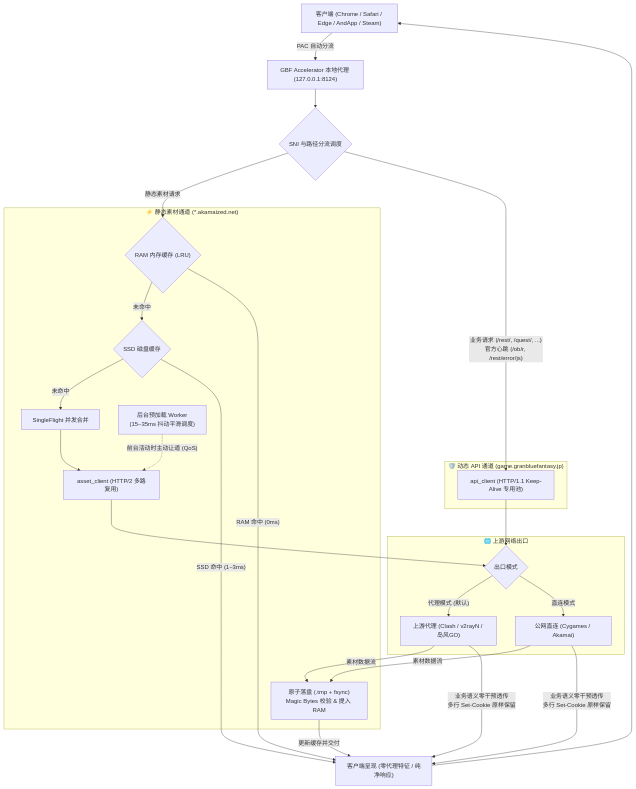
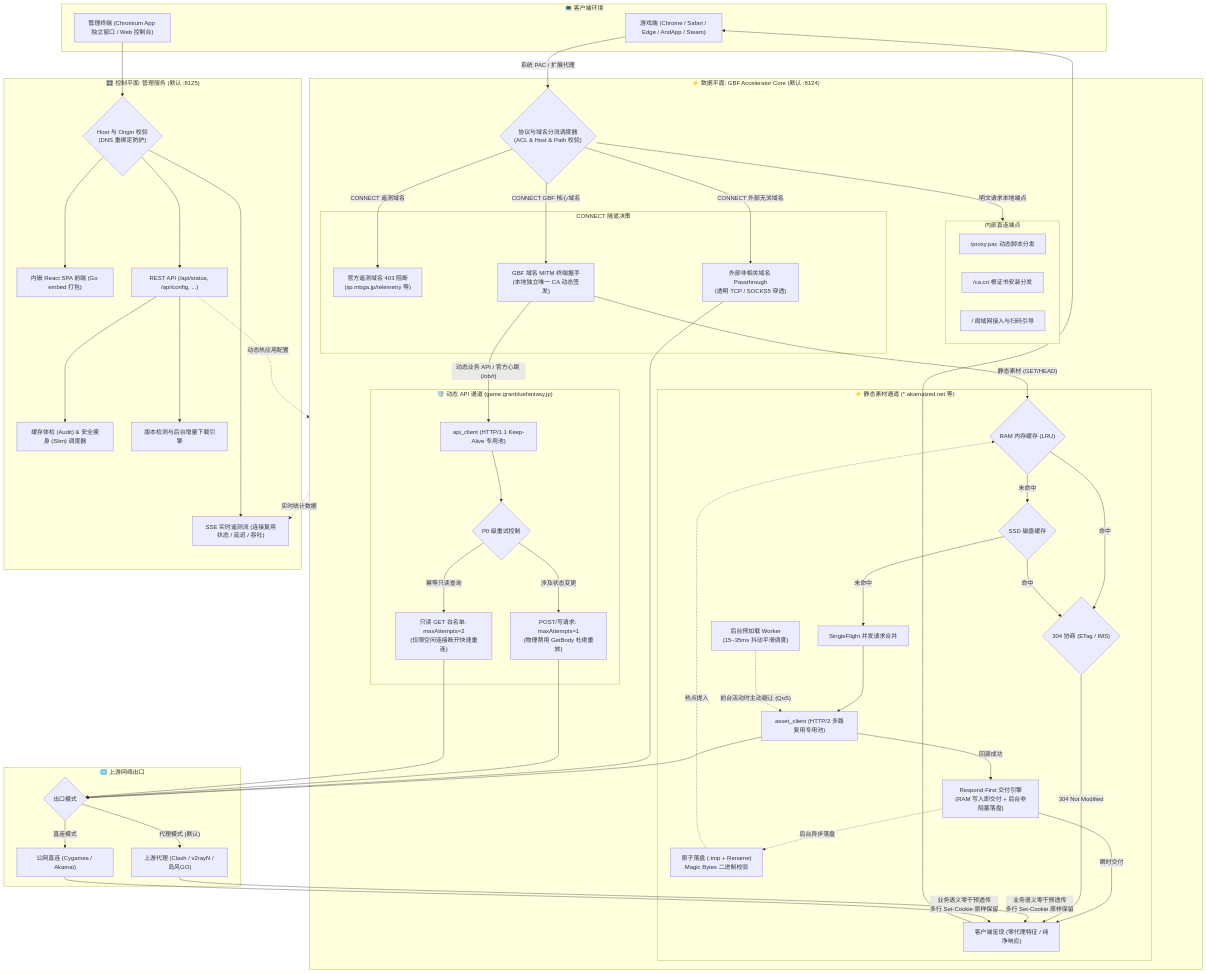
One commit to Sagisawa/GBF-Accelerator changed the diagram in README.md. Above: the diagram before and after it, drawn with Mermaid. The commit also changed other lines of this file, not shown here.

Commit message:
docs(readme): rewrite architecture and data flow with dual-plane topology and tree-style ascii chart

````diff
--- a/README.md
+++ b/README.md
@@ -26,53 +30,108 @@
 ```mermaid
 flowchart TD
-    Client["客户端 (Chrome / Safari / Edge / AndApp / Steam)"]
-    Proxy["GBF Accelerator 本地代理 (127.0.0.1:8124)"]
-    Dispatcher{"SNI 与路径分流调度"}
-    
-    Client -->|"PAC 自动分流"| Proxy
-    Proxy --> Dispatcher
-
-    subgraph AssetChannel ["⚡ 静态素材通道 (*.akamaized.net)"]
-        RAMCheck{"RAM 内存缓存 (LRU)"}
-        DiskCheck{"SSD 磁盘缓存"}
-        SingleFlight["SingleFlight 并发合并"]
-        AssetClient["asset_client (HTTP/2 多路复用)"]
-        CacheStore["原子落盘 (.tmp + fsync)<br/>Magic Bytes 校验 & 提入 RAM"]
-        PrefetchWorker["后台预加载 Worker<br/>(15~35ms 抖动平滑调度)"]
-        
-        RAMCheck -->|"未命中"| DiskCheck
-        DiskCheck -->|"未命中"| SingleFlight
-        SingleFlight --> AssetClient
-        PrefetchWorker -.->|"前台活动时主动让道 (QoS)"| AssetClient
+    subgraph ClientHost ["💻 客户端环境"]
+        GameClient["游戏端 (Chrome / Safari / Edge / AndApp / Steam)"]
+        UserUI["管理终端 (Chromium App 独立窗口 / Web 控制台)"]
     end
 
-    subgraph APIChannel ["🛡️ 动态 API 通道 (game.granbluefantasy.jp)"]
-        APIClient["api_client (HTTP/1.1 Keep-Alive 专用池)"]
+    subgraph DataPlane ["⚡ 数据平面: GBF Accelerator Core (默认 :8124)"]
+        Dispatcher{"协议与域名分流调度器<br/>(ACL & Host & Path 校验)"}
+        
+        subgraph LocalEndpoints ["内部直连端点"]
+            PACServer["/proxy.pac 动态脚本分发"]
+            CAServer["/ca.crt 根证书安装分发"]
+            LANGuide["/ 局域网接入与扫码引导"]
+        end
+
+        subgraph TunnelRoutes ["CONNECT 隧道决策"]
+            Block403["官方遥测域名 403 阻断<br/>(sp.mbga.jp/telemetry 等)"]
+            Passthrough["外部非相关域名 Passthrough<br/>(透明 TCP / SOCKS5 穿透)"]
+            MITM["GBF 域名 MITM 终端握手<br/>(本地独立唯一 CA 动态签发)"]
+        end
+
+        subgraph AssetChannel ["⚡ 静态素材通道 (*.akamaized.net 等)"]
+            RAMCheck{"RAM 内存缓存 (LRU)"}
+            DiskCheck{"SSD 磁盘缓存"}
+            CondCheck{"304 协商 (ETag / IMS)"}
+            SingleFlight["SingleFlight 并发请求合并"]
+            AssetClient["asset_client (HTTP/2 多路复用专用池)"]
+            RespondFirst["Respond-First 交付引擎<br/>(RAM 写入即交付 + 后台非阻塞落盘)"]
+            DiskStore["原子落盘 (.tmp + Rename)<br/>Magic Bytes 二进制校验"]
+            PrefetchWorker["后台预加载 Worker<br/>(15~35ms 抖动平滑调度)"]
+
+            RAMCheck -->|"未命中"| DiskCheck
+            RAMCheck -->|"命中"| CondCheck
+            DiskCheck -->|"命中"| CondCheck
+            DiskCheck -->|"未命中"| SingleFlight
+            SingleFlight --> AssetClient
+            AssetClient -->|"回源成功"| RespondFirst
+            RespondFirst -->|"瞬时交付"| ResponseDeliver
+            RespondFirst -.->|"后台异步落盘"| DiskStore
+            DiskStore -.->|"热点提入"| RAMCheck
+            PrefetchWorker -.->|"前台活动时主动避让 (QoS)"| AssetClient
+        end
+
+        subgraph APIChannel ["🛡️ 动态 API 通道 (game.granbluefantasy.jp)"]
+            APIClient["api_client (HTTP/1.1 Keep-Alive 专用池)"]
+            RetryPolicy{"P0 级重试控制"}
+            WriteZero["POST/写请求: maxAttempts=1<br/>(物理禁用 GetBody 杜绝重放)"]
+            SafeRetry["只读 GET 白名单: maxAttempts=2<br/>(仅限空闲连接断开快速重连)"]
+
+            APIClient --> RetryPolicy
+            RetryPolicy -->|"涉及状态变更"| WriteZero
+            RetryPolicy -->|"幂等只读查询"| SafeRetry
+        end
+    end
+
+    subgraph ControlPlane ["🎛️ 控制平面: 管理服务 (默认 :8125)"]
+        DNSRebind{"Host 与 Origin 校验<br/>(DNS 重绑定防护)"}
+        WebSPA["内嵌 React SPA 前端 (Go embed 打包)"]
+        RestAPI["REST API (/api/status, /api/config, ...)"]
+        SSEStream["SSE 实时遥测流 (连接复用状态 / 延迟 / 吞吐)"]
+        CacheMaint["缓存体检 (Audit) & 安全瘦身 (Slim) 调度器"]
+        AutoUpdater["版本检测与后台增量下载引擎"]
+
+        UserUI --> DNSRebind
+        DNSRebind --> WebSPA
+        DNSRebind --> RestAPI
+        DNSRebind --> SSEStream
+        RestAPI --> CacheMaint
+        RestAPI --> AutoUpdater
     end
 
     subgraph UpstreamGateway ["🌐 上游网络出口"]
         UpstreamMode{"出口模式"}
         UpstreamProxy["上游代理 (Clash / v2rayN / 岛风GO)"]
         DirectNet["公网直连 (Cygames / Akamai)"]
-        
+
         UpstreamMode -->|"代理模式 (默认)"| UpstreamProxy
         UpstreamMode -->|"直连模式"| DirectNet
     end
 
-    Dispatcher -->|"静态素材请求"| RAMCheck
-    Dispatcher -->|"业务请求 (/rest/, /quest/, ...)<br/>官方心跳 (/ob/r, /rest/error/js)"| APIClient
+    %% 客户端连接
+    GameClient -->|"系统 PAC / 扩展代理"| Dispatcher
+    
+    %% 分流逻辑
+    Dispatcher -->|"明文请求本地端点"| LocalEndpoints
+    Dispatcher -->|"CONNECT 遥测域名"| Block403
+    Dispatcher -->|"CONNECT 外部无关域名"| Passthrough
+    Dispatcher -->|"CONNECT GBF 核心域名"| MITM
+    
+    MITM -->|"静态素材 (GET/HEAD)"| RAMCheck
+    MITM -->|"动态业务 API / 官方心跳 (/ob/r)"| APIClient
 
+    Passthrough --> UpstreamMode
+    WriteZero --> UpstreamMode
+    SafeRetry --> UpstreamMode
     AssetClient --> UpstreamMode
-    APIClient --> UpstreamMode
 
-    UpstreamProxy -->|"素材数据流"| CacheStore
-    DirectNet -->|"素材数据流"| CacheStore
-    CacheStore -->|"更新缓存并交付"| ResponseDeliver["客户端呈现 (零代理特征 / 纯净响应)"]
-
-    RAMCheck -->|"RAM 命中 (0ms)"| ResponseDeliver
-    DiskCheck -->|"SSD 命中 (1~3ms)"| ResponseDeliver
-
+    %% 交付流
+    CondCheck -->|"304 Not Modified"| ResponseDeliver["客户端呈现 (零代理特征 / 纯净响应)"]
     UpstreamProxy -->|"业务语义零干预透传<br/>多行 Set-Cookie 原样保留"| ResponseDeliver
     DirectNet -->|"业务语义零干预透传<br/>多行 Set-Cookie 原样保留"| ResponseDeliver
-    ResponseDeliver --> Client
+    ResponseDeliver --> GameClient
+
+    %% 控制面与数据面协同
+    DataPlane -.->|"实时统计数据"| SSEStream
+    RestAPI -.->|"动态热应用配置"| DataPlane
 ```
````
